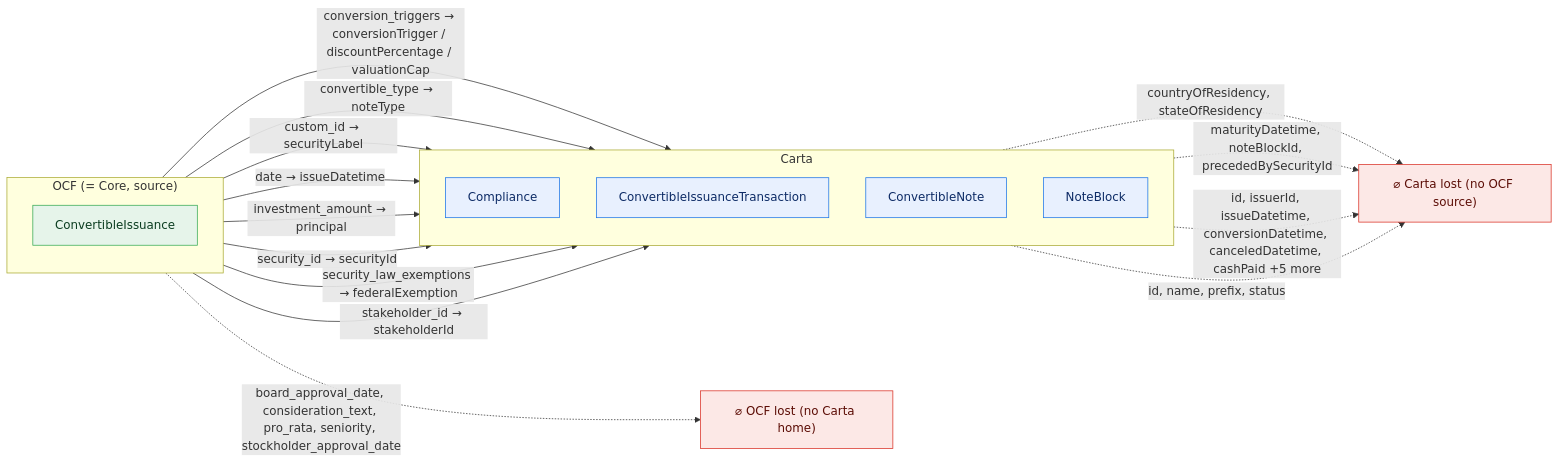
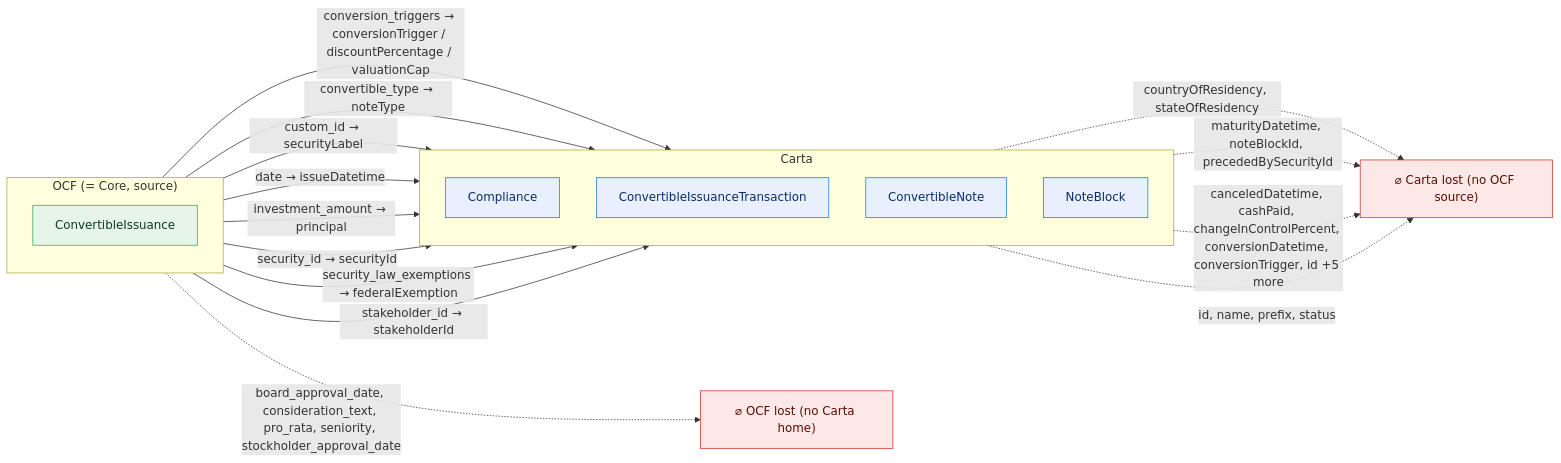
The eighth of 47 diagrams in docs/core-bidirectional-flow.md (Open-Cap-Table-Coalition/OCF-Composed-Schemas), drawn with Mermaid before and after one commit. The commit also changed other lines of this file and 7 other files, not shown here.

````diff
--- a/docs/core-bidirectional-flow.md
+++ b/docs/core-bidirectional-flow.md
@@ -273,33 +296,33 @@
 ```mermaid
 flowchart LR
   classDef adm fill:#e6f4ea,stroke:#34a853,color:#0b3d20;
   classDef notadm fill:#f1f3f4,stroke:#9aa0a6,color:#5f6368,stroke-dasharray:4 3;
   classDef carta fill:#e8f0fe,stroke:#1a73e8,color:#0d2b66;
   classDef lost fill:#fce8e6,stroke:#d93025,color:#5c0d06;
   subgraph SRC["OCF (= Core, source)"]
     direction TB
     o0["ConvertibleIssuance"]:::adm
   end
   subgraph TGT["Carta"]
     direction TB
     t0["Compliance"]:::carta
     t1["ConvertibleIssuanceTransaction"]:::carta
     t2["ConvertibleNote"]:::carta
     t3["NoteBlock"]:::carta
   end
   ocflost["⌀ OCF lost (no Carta home)"]:::lost
   cartalost["⌀ Carta lost (no OCF source)"]:::lost
   o0 -->|"conversion_triggers → conversionTrigger / discountPercentage / valuationCap"| t1
   o0 -->|"convertible_type → noteType"| t3
   o0 -->|"custom_id → securityLabel"| t2
   o0 -->|"date → issueDatetime"| t1
   o0 -->|"investment_amount → principal"| t1
   o0 -->|"security_id → securityId"| t2
   o0 -->|"security_law_exemptions → federalExemption"| t0
   o0 -->|"stakeholder_id → stakeholderId"| t2
   o0 -.->|"board_approval_date, consideration_text, pro_rata, seniority, stockholder_approval_date"| ocflost
   t0 -.->|"countryOfResidency, stateOfResidency"| cartalost
   t1 -.->|"maturityDatetime, noteBlockId, precededBySecurityId"| cartalost
-  t2 -.->|"id, issuerId, issueDatetime, conversionDatetime, canceledDatetime, cashPaid +5 more"| cartalost
+  t2 -.->|"canceledDatetime, cashPaid, changeInControlPercent, conversionDatetime, conversionTrigger, id +5 more"| cartalost
   t3 -.->|"id, name, prefix, status"| cartalost
 ```
````
